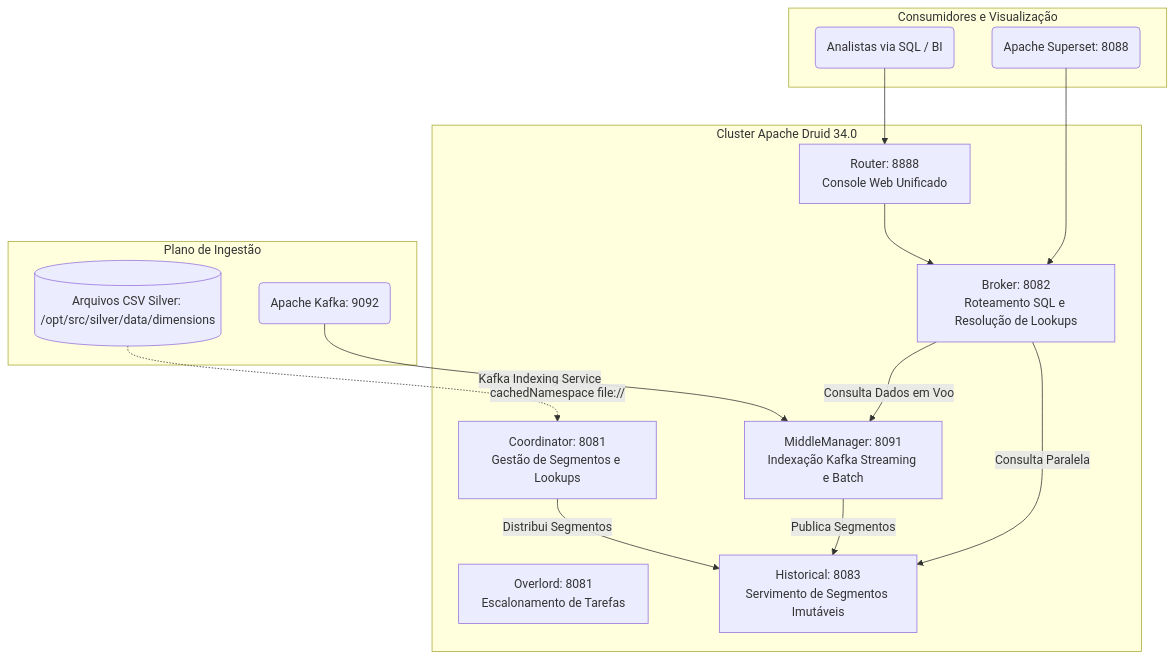
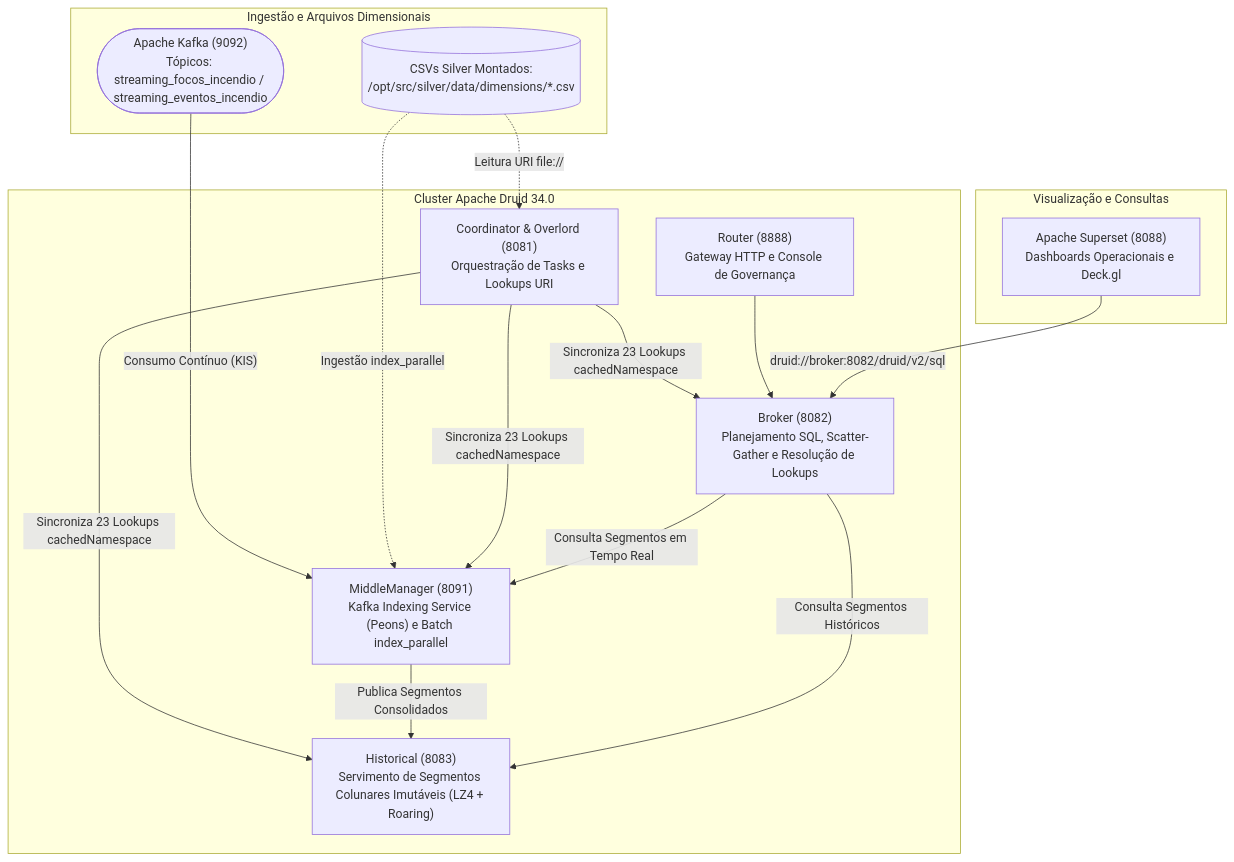
Before and after one commit to gabriel-goncalves1122/mapeamento-risco-queimadas-inpe: the diagram in infra/README.md, drawn with Mermaid. The commit also changed other lines of this file and 38 other files, not shown here.

Commit message:
docs(architecture): reorganiza trilha arquitetural em 6 capitulos e expande readmes modulares

````diff
--- a/infra/README.md
+++ b/infra/README.md
@@ -50,31 +42,31 @@
 ```mermaid
 flowchart TD
-    subgraph INGESTION [Plano de Ingestão]
-        kafka(Apache Kafka: 9092)
-        dims[(Arquivos CSV Silver: /opt/src/silver/data/dimensions)]
+    subgraph STREAM_SOURCE ["Ingestão e Arquivos Dimensionais"]
+        kafka(["Apache Kafka (9092)<br>Tópicos: streaming_focos_incendio / streaming_eventos_incendio"])
+        dims[("CSVs Silver Montados:<br>/opt/src/silver/data/dimensions/*.csv")]
     end
 
-    subgraph DRUID_CLUSTER [Cluster Apache Druid 34.0]
-        coord[Coordinator: 8081<br>Gestão de Segmentos e Lookups]
-        overlord[Overlord: 8081<br>Escalonamento de Tarefas]
-        mm[MiddleManager: 8091<br>Indexação Kafka Streaming e Batch]
-        hist[Historical: 8083<br>Servimento de Segmentos Imutáveis]
-        broker[Broker: 8082<br>Roteamento SQL e Resolução de Lookups]
-        router[Router: 8888<br>Console Web Unificado]
+    subgraph DRUID ["Cluster Apache Druid 34.0"]
+        coord["Coordinator & Overlord (8081)<br>Orquestração de Tasks e Lookups URI"]
+        mm["MiddleManager (8091)<br>Kafka Indexing Service (Peons) e Batch index_parallel"]
+        hist["Historical (8083)<br>Servimento de Segmentos Colunares Imutáveis (LZ4 + Roaring)"]
+        broker["Broker (8082)<br>Planejamento SQL, Scatter-Gather e Resolução de Lookups"]
+        router["Router (8888)<br>Gateway HTTP e Console de Governança"]
     end
 
-    subgraph CLIENTS [Consumidores e Visualização]
-        superset(Apache Superset: 8088)
-        analyst(Analistas via SQL / BI)
+    subgraph BI ["Visualização e Consultas"]
+        superset["Apache Superset (8088)<br>Dashboards Operacionais e Deck.gl"]
     end
 
-    kafka -->|Kafka Indexing Service| mm
-    dims -.->|cachedNamespace file://| coord
-    coord -->|Distribui Segmentos| hist
-    mm -->|Publica Segmentos| hist
-    broker -->|Consulta Paralela| hist
-    broker -->|Consulta Dados em Voo| mm
+    kafka -->|"Consumo Contínuo (KIS)"| mm
+    dims -.->|"Leitura URI file://"| coord
+    dims -.->|"Ingestão index_parallel"| mm
+    coord -->|"Sincroniza 23 Lookups cachedNamespace"| broker
+    coord -->|"Sincroniza 23 Lookups cachedNamespace"| hist
+    coord -->|"Sincroniza 23 Lookups cachedNamespace"| mm
+    mm -->|"Publica Segmentos Consolidados"| hist
+    broker -->|"Consulta Segmentos em Tempo Real"| mm
+    broker -->|"Consulta Segmentos Históricos"| hist
     router --> broker
-    superset --> broker
-    analyst --> router
+    superset -->|"druid://broker:8082/druid/v2/sql"| broker
 ```
````
